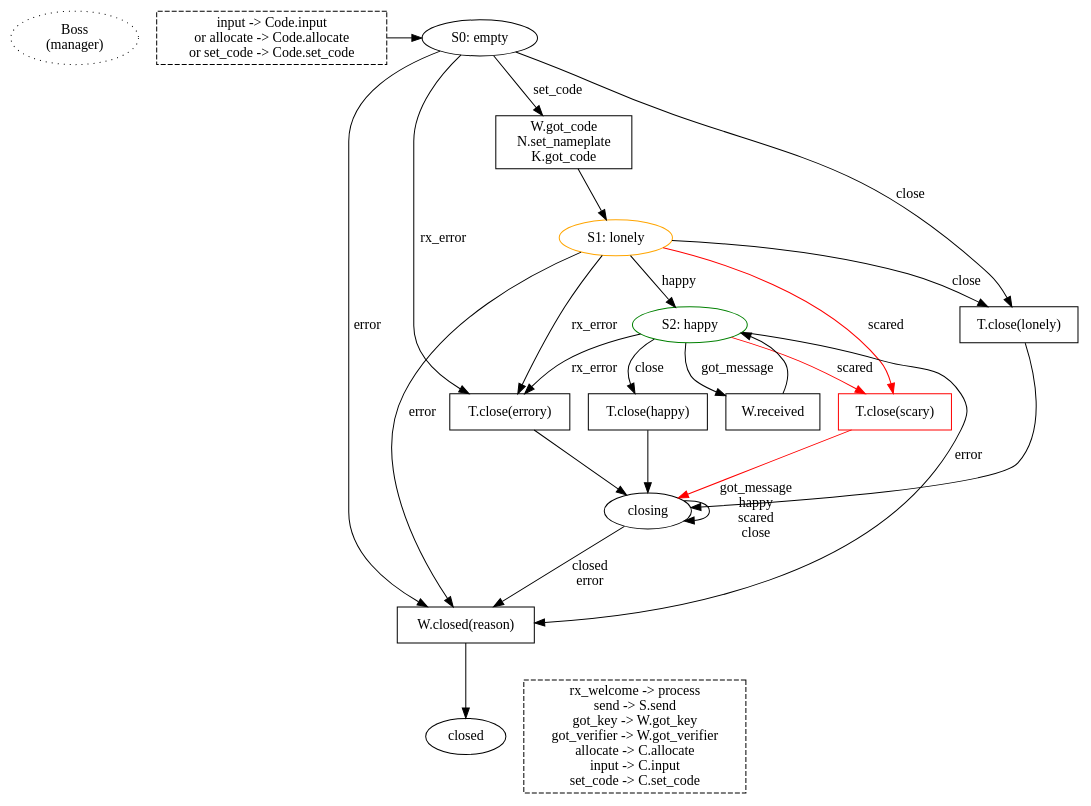
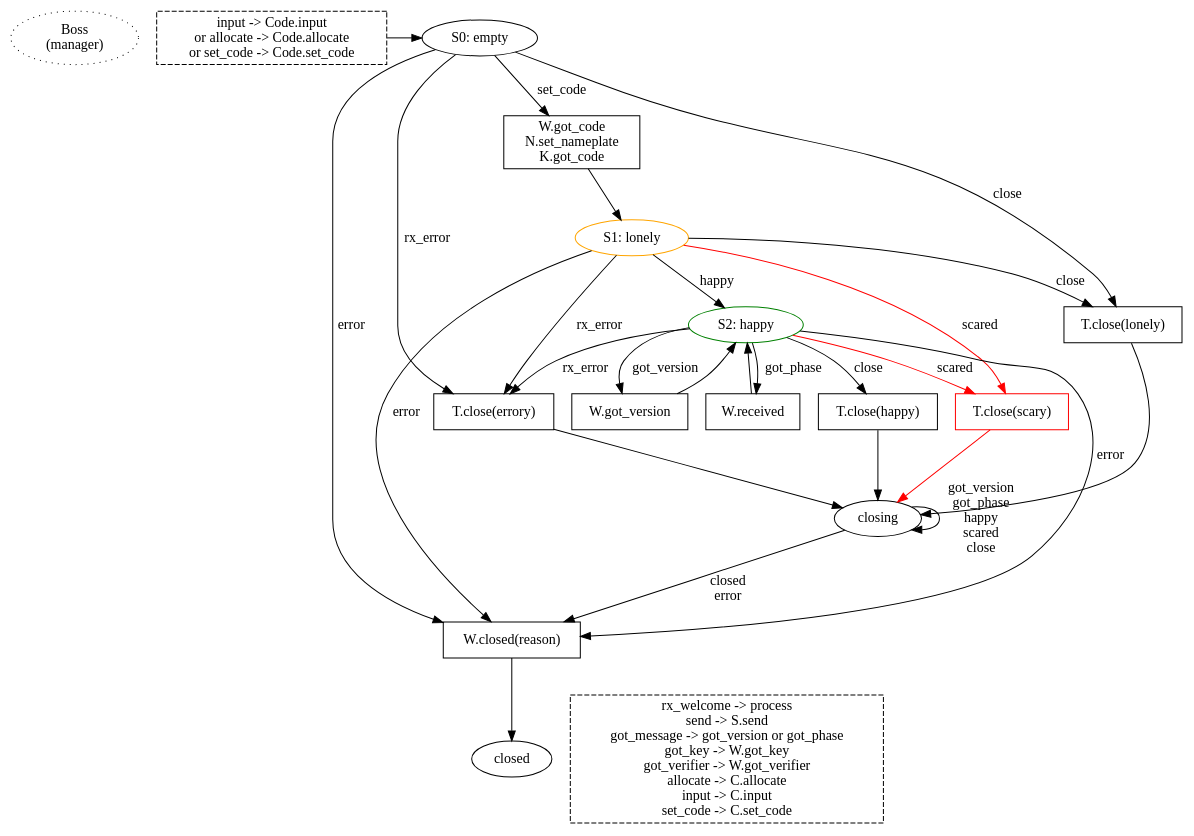
One commit to magic-wormhole/magic-wormhole changed the diagram in docs/state-machines/boss.dot. Above: the diagram before and after it, drawn with Graphviz. The commit also changed 4 other files, not shown here.

```diff
--- a/docs/state-machines/boss.dot
+++ b/docs/state-machines/boss.dot
@@ -1,70 +1,74 @@
 digraph {
 
         /* could shave a RTT by committing to the nameplate early, before
         finishing the rest of the code input. While the user is still
         typing/completing the code, we claim the nameplate, open the mailbox,
         and retrieve the peer's PAKE message. Then as soon as the user
         finishes entering the code, we build our own PAKE message, send PAKE,
         compute the key, send VERSION. Starting from the Return, this saves
         two round trips. OTOH it adds consequences to hitting Tab. */
 
         start [label="Boss\n(manager)" style="dotted"]
 
         {rank=same; P0_code S0}
         P0_code [shape="box" style="dashed"
                  label="input -> Code.input\n or allocate -> Code.allocate\n or set_code -> Code.set_code"]
         P0_code -> S0
         S0 [label="S0: empty"]
         S0 -> P0_build [label="set_code"]
 
         S0 -> P_close_error [label="rx_error"]
         P_close_error [shape="box" label="T.close(errory)"]
         P_close_error -> S_closing
         S0 -> P_close_lonely [label="close"]
 
         P0_build [shape="box" label="W.got_code\nN.set_nameplate\nK.got_code"]
         P0_build -> S1
         S1 [label="S1: lonely" color="orange"]
 
         S1 -> S2 [label="happy"]
 
         S1 -> P_close_error [label="rx_error"]
         S1 -> P_close_scary [label="scared" color="red"]
         S1 -> P_close_lonely [label="close"]
         P_close_lonely [shape="box" label="T.close(lonely)"]
         P_close_lonely -> S_closing
 
         P_close_scary [shape="box" label="T.close(scary)" color="red"]
         P_close_scary -> S_closing [color="red"]
 
         S2 [label="S2: happy" color="green"]
         S2 -> P2_close [label="close"]
         P2_close [shape="box" label="T.close(happy)"]
         P2_close -> S_closing
 
-        S2 -> P2_got_message [label="got_message"]
-        P2_got_message [shape="box" label="W.received"]
-        P2_got_message -> S2
+        S2 -> P2_got_phase [label="got_phase"]
+        P2_got_phase [shape="box" label="W.received"]
+        P2_got_phase -> S2
+
+        S2 -> P2_got_version [label="got_version"]
+        P2_got_version [shape="box" label="W.got_version"]
+        P2_got_version -> S2
 
         S2 -> P_close_error [label="rx_error"]
         S2 -> P_close_scary [label="scared" color="red"]
 
         S_closing [label="closing"]
         S_closing -> P_closed [label="closed\nerror"]
-        S_closing -> S_closing [label="got_message\nhappy\nscared\nclose"]
+        S_closing -> S_closing [label="got_version\ngot_phase\nhappy\nscared\nclose"]
 
         P_closed [shape="box" label="W.closed(reason)"]
         P_closed -> S_closed
         S_closed [label="closed"]
 
         S0 -> P_closed [label="error"]
         S1 -> P_closed [label="error"]
         S2 -> P_closed [label="error"]
 
         {rank=same; Other S_closed}
         Other [shape="box" style="dashed"
-               label="rx_welcome -> process\nsend -> S.send\ngot_key -> W.got_key\ngot_verifier -> W.got_verifier\nallocate -> C.allocate\ninput -> C.input\nset_code -> C.set_code"
+               label="rx_welcome -> process\nsend -> S.send\ngot_message -> got_version or got_phase\ngot_key -> W.got_key\ngot_verifier -> W.got_verifier\nallocate -> C.allocate\ninput -> C.input\nset_code -> C.set_code"
                ]
 
 
 }
```
